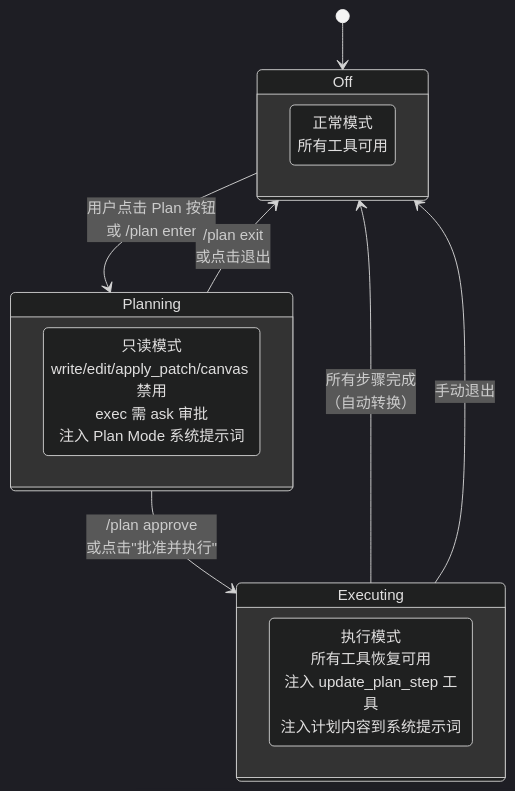
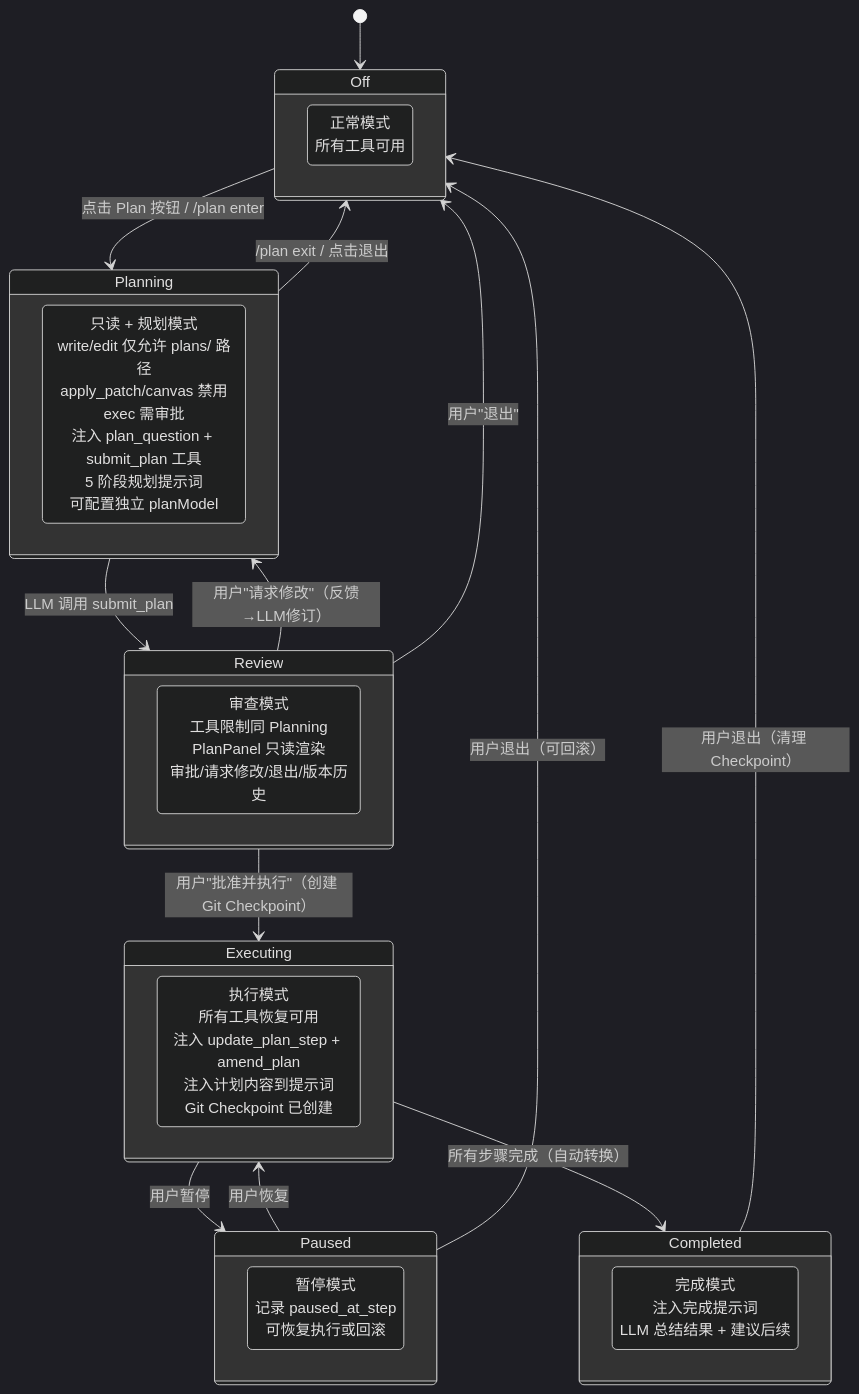
One commit to shiwenwen/hope-agent changed the second of 10 diagrams in docs/plan-mode.md. Above: the diagram before and after it, drawn with Mermaid (dark theme). The commit also changed other lines of this file and 11 other files, not shown here.

First line of the commit message:
refactor: Plan Mode 双 Agent 架构重构 + PlanCardBlock 展开功能

````diff
--- a/docs/plan-mode.md
+++ b/docs/plan-mode.md
@@ -109,20 +130,39 @@
 ```mermaid
 stateDiagram-v2
     [*] --> Off
 
-    Off --> Planning : 用户点击 Plan 按钮<br/>或 /plan enter
-    Planning --> Off : /plan exit<br/>或点击退出
-    Planning --> Executing : /plan approve<br/>或点击"批准并执行"
-    Executing --> Off : 所有步骤完成<br/>（自动转换）
-    Executing --> Off : 手动退出
+    Off --> Planning : 点击 Plan 按钮 / /plan enter
+    Planning --> Off : /plan exit / 点击退出
+    Planning --> Review : LLM 调用 submit_plan
+
+    Review --> Planning : 用户"请求修改"（反馈→LLM修订）
+    Review --> Executing : 用户"批准并执行"（创建 Git Checkpoint）
+    Review --> Off : 用户"退出"
+
+    Executing --> Paused : 用户暂停
+    Executing --> Completed : 所有步骤完成（自动转换）
+
+    Paused --> Executing : 用户恢复
+    Paused --> Off : 用户退出（可回滚）
+
+    Completed --> Off : 用户退出（清理 Checkpoint）
 
     state Off {
         [*] : 正常模式<br/>所有工具可用
     }
     state Planning {
-        [*] : 只读模式<br/>write/edit/apply_patch/canvas 禁用<br/>exec 需 ask 审批<br/>注入 Plan Mode 系统提示词
+        [*] : 只读 + 规划模式<br/>write/edit 仅允许 plans/ 路径<br/>apply_patch/canvas 禁用<br/>exec 需审批<br/>注入 plan_question + submit_plan 工具<br/>5 阶段规划提示词<br/>可配置独立 planModel
+    }
+    state Review {
+        [*] : 审查模式<br/>工具限制同 Planning<br/>PlanPanel 只读渲染<br/>审批/请求修改/退出/版本历史
     }
     state Executing {
-        [*] : 执行模式<br/>所有工具恢复可用<br/>注入 update_plan_step 工具<br/>注入计划内容到系统提示词
+        [*] : 执行模式<br/>所有工具恢复可用<br/>注入 update_plan_step + amend_plan<br/>注入计划内容到提示词<br/>Git Checkpoint 已创建
+    }
+    state Paused {
+        [*] : 暂停模式<br/>记录 paused_at_step<br/>可恢复执行或回滚
+    }
+    state Completed {
+        [*] : 完成模式<br/>注入完成提示词<br/>LLM 总结结果 + 建议后续
     }
 ```
````
